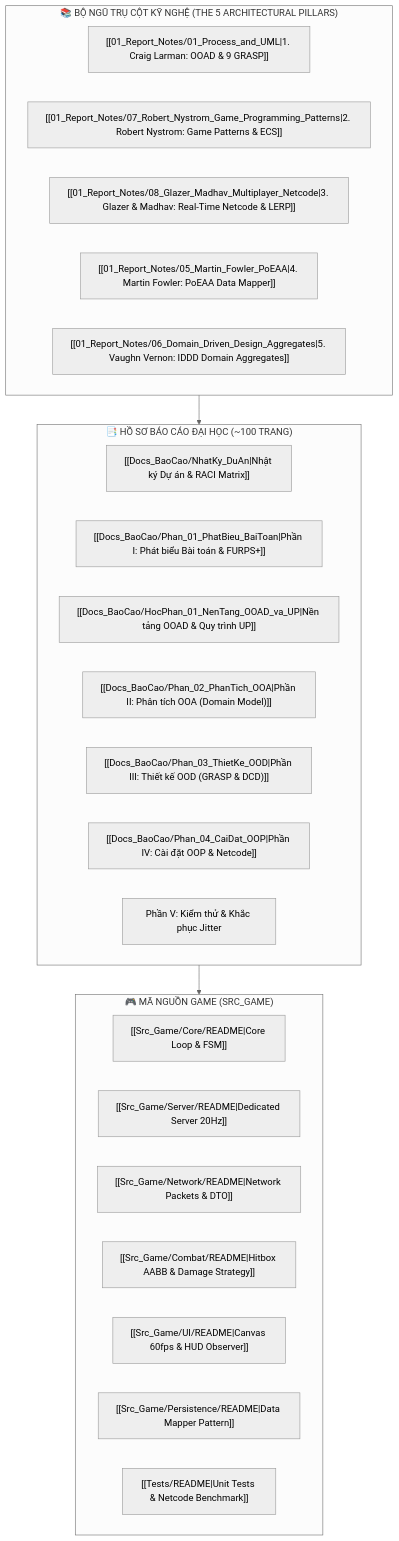
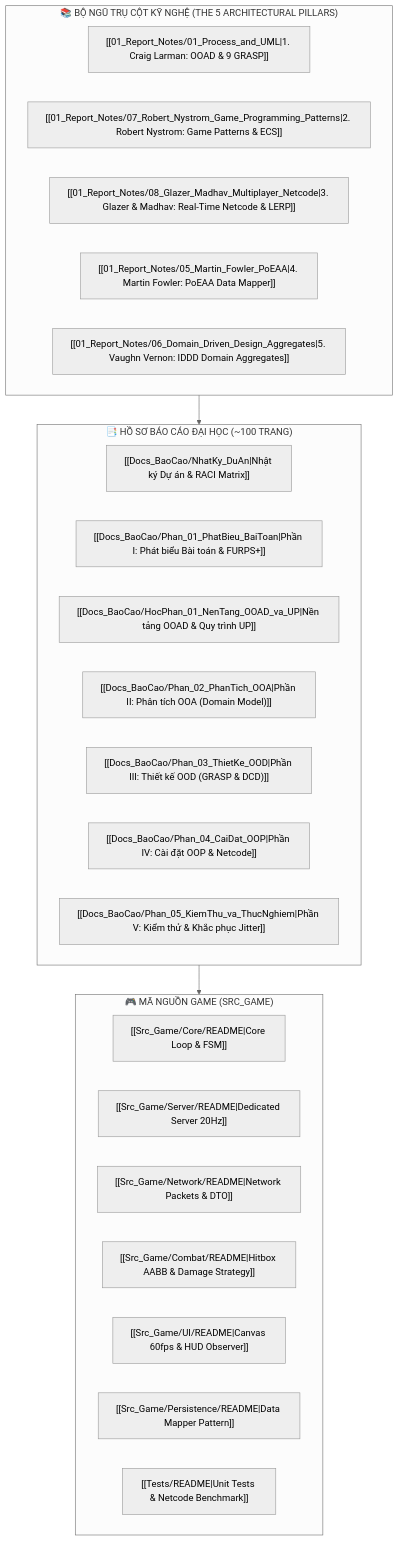
One commit to Tran1209/UML-Patterns-Mastery changed the diagram in DASHBOARD.md. Above: the diagram before and after it, drawn with Mermaid (neutral theme). The commit also changed other lines of this file and 3 other files, not shown here.

````diff
--- a/DASHBOARD.md
+++ b/DASHBOARD.md
@@ -29,33 +29,33 @@
 ```mermaid
 flowchart TD
     subgraph KB["📚 BỘ NGŨ TRỤ CỘT KỸ NGHỆ (THE 5 ARCHITECTURAL PILLARS)"]
         K1["[[01_Report_Notes/01_Process_and_UML|1. Craig Larman: OOAD & 9 GRASP]]"]
         K2["[[01_Report_Notes/07_Robert_Nystrom_Game_Programming_Patterns|2. Robert Nystrom: Game Patterns & ECS]]"]
         K3["[[01_Report_Notes/08_Glazer_Madhav_Multiplayer_Netcode|3. Glazer & Madhav: Real-Time Netcode & LERP]]"]
         K4["[[01_Report_Notes/05_Martin_Fowler_PoEAA|4. Martin Fowler: PoEAA Data Mapper]]"]
         K5["[[01_Report_Notes/06_Domain_Driven_Design_Aggregates|5. Vaughn Vernon: IDDD Domain Aggregates]]"]
     end
 
     subgraph REPORT["📑 HỒ SƠ BÁO CÁO ĐẠI HỌC (~100 TRANG)"]
         R0["[[Docs_BaoCao/NhatKy_DuAn|Nhật ký Dự án & RACI Matrix]]"]
         R1["[[Docs_BaoCao/Phan_01_PhatBieu_BaiToan|Phần I: Phát biểu Bài toán & FURPS+]]"]
         R2["[[Docs_BaoCao/HocPhan_01_NenTang_OOAD_va_UP|Nền tảng OOAD & Quy trình UP]]"]
         R3["[[Docs_BaoCao/Phan_02_PhanTich_OOA|Phần II: Phân tích OOA (Domain Model)]]"]
         R4["[[Docs_BaoCao/Phan_03_ThietKe_OOD|Phần III: Thiết kế OOD (GRASP & DCD)]]"]
         R5["[[Docs_BaoCao/Phan_04_CaiDat_OOP|Phần IV: Cài đặt OOP & Netcode]]"]
-        R6["Phần V: Kiểm thử & Khắc phục Jitter"]
+        R6["[[Docs_BaoCao/Phan_05_KiemThu_va_ThucNghiem|Phần V: Kiểm thử & Khắc phục Jitter]]"]
     end
 
     subgraph CODE["🎮 MÃ NGUỒN GAME (SRC_GAME)"]
         C1["[[Src_Game/Core/README|Core Loop & FSM]]"]
         C2["[[Src_Game/Server/README|Dedicated Server 20Hz]]"]
         C3["[[Src_Game/Network/README|Network Packets & DTO]]"]
         C4["[[Src_Game/Combat/README|Hitbox AABB & Damage Strategy]]"]
         C5["[[Src_Game/UI/README|Canvas 60fps & HUD Observer]]"]
         C6["[[Src_Game/Persistence/README|Data Mapper Pattern]]"]
         C7["[[Tests/README|Unit Tests & Netcode Benchmark]]"]
     end
 
     KB --> REPORT
     REPORT --> CODE
 ```
````
